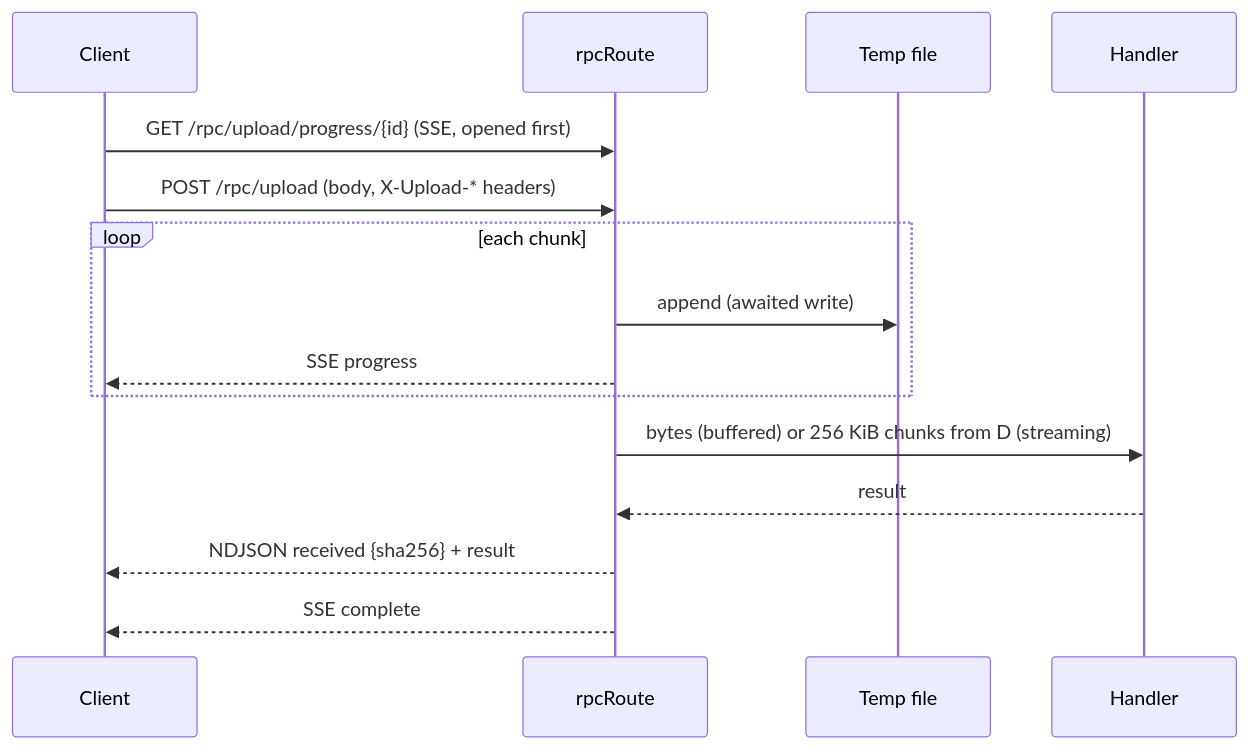
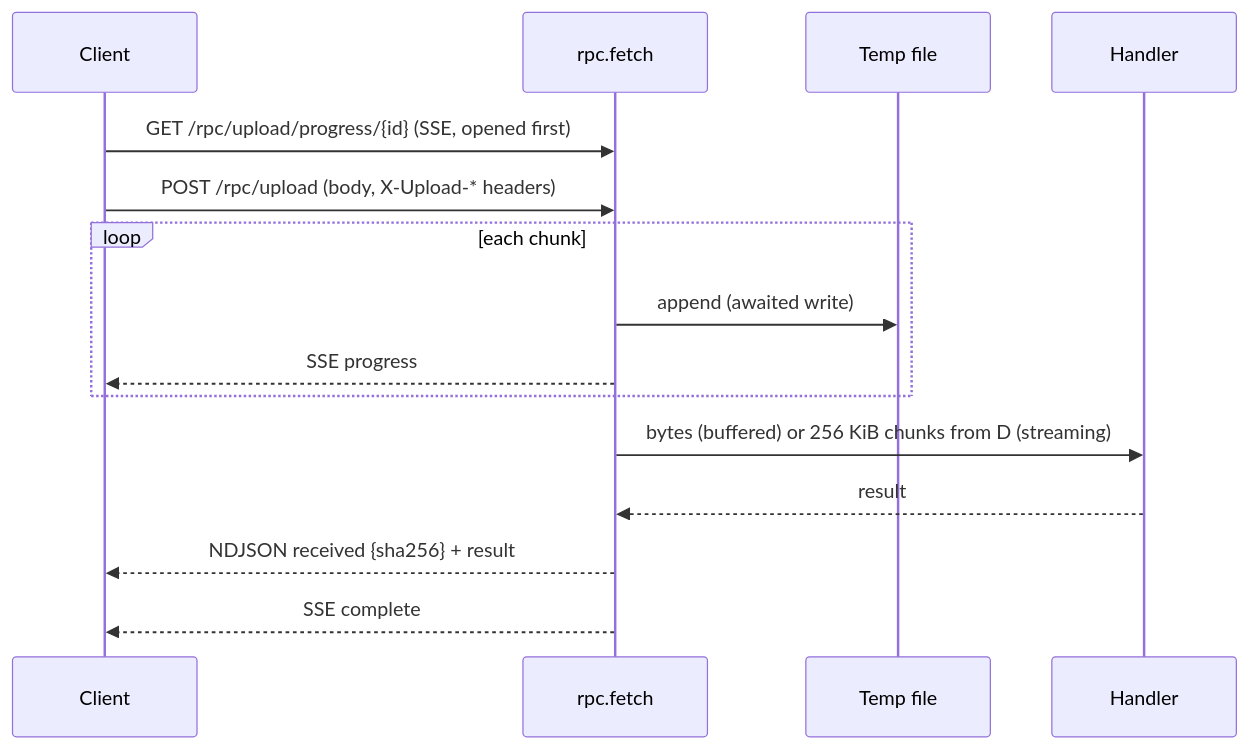
One commit to kyr0/defuss-rpc changed the second of 2 diagrams in ARCH.md. Above: the diagram before and after it, drawn with Mermaid. The commit also changed other lines of this file and 48 other files, not shown here.

````diff
--- a/ARCH.md
+++ b/ARCH.md
@@ -88,17 +88,17 @@
 ```mermaid
 sequenceDiagram
   participant C as Client
-  participant S as rpcRoute
+  participant S as rpc.fetch
   participant D as Temp file
   participant H as Handler
   C->>S: GET /rpc/upload/progress/{id} (SSE, opened first)
   C->>S: POST /rpc/upload (body, X-Upload-* headers)
   loop each chunk
     S->>D: append (awaited write)
     S-->>C: SSE progress
   end
   S->>H: bytes (buffered) or 256 KiB chunks from D (streaming)
   H-->>S: result
   S-->>C: NDJSON received {sha256} + result
   S-->>C: SSE complete
 ```
````
